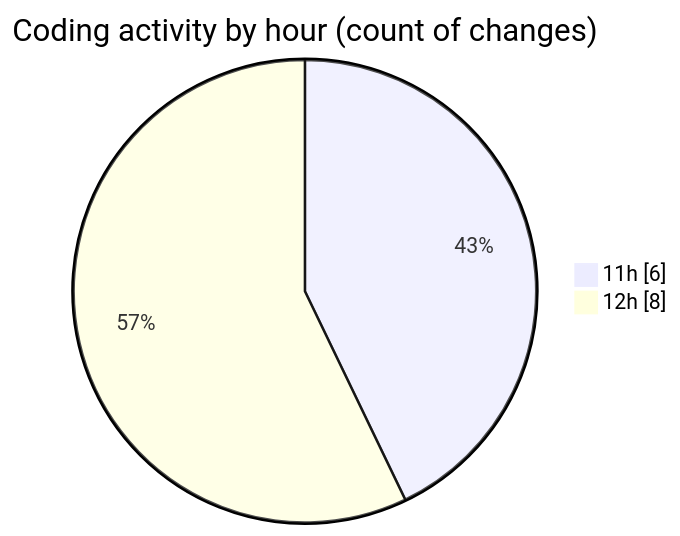
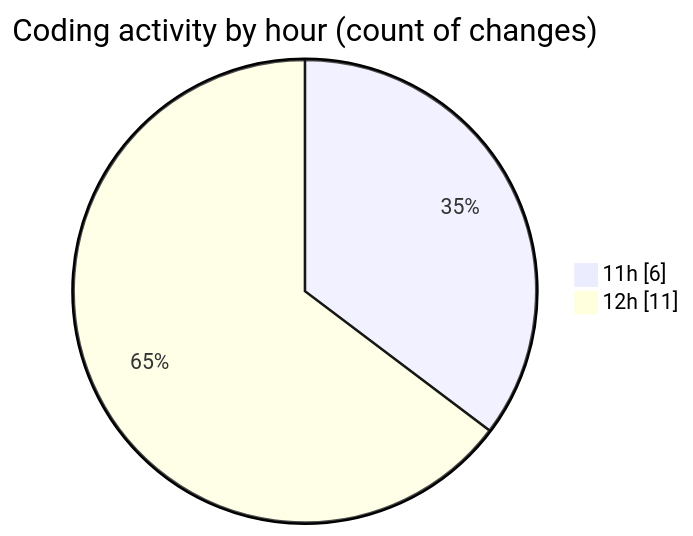
Before and after one commit to nxtqubesakshisongat/code-tracking: the second of 2 diagrams in 2025-04-16/nxtqube_webapp/README.md, drawn with Mermaid. The commit also changed other lines of this file and 1 other file, not shown here.

````diff
--- a/2025-04-16/nxtqube_webapp/README.md
+++ b/2025-04-16/nxtqube_webapp/README.md
@@ -28,6 +29,6 @@
 ```mermaid
 pie showData
 title Coding activity by hour (count of changes)
 "11h" : 6
-"12h" : 8
+"12h" : 11
 ```
````
